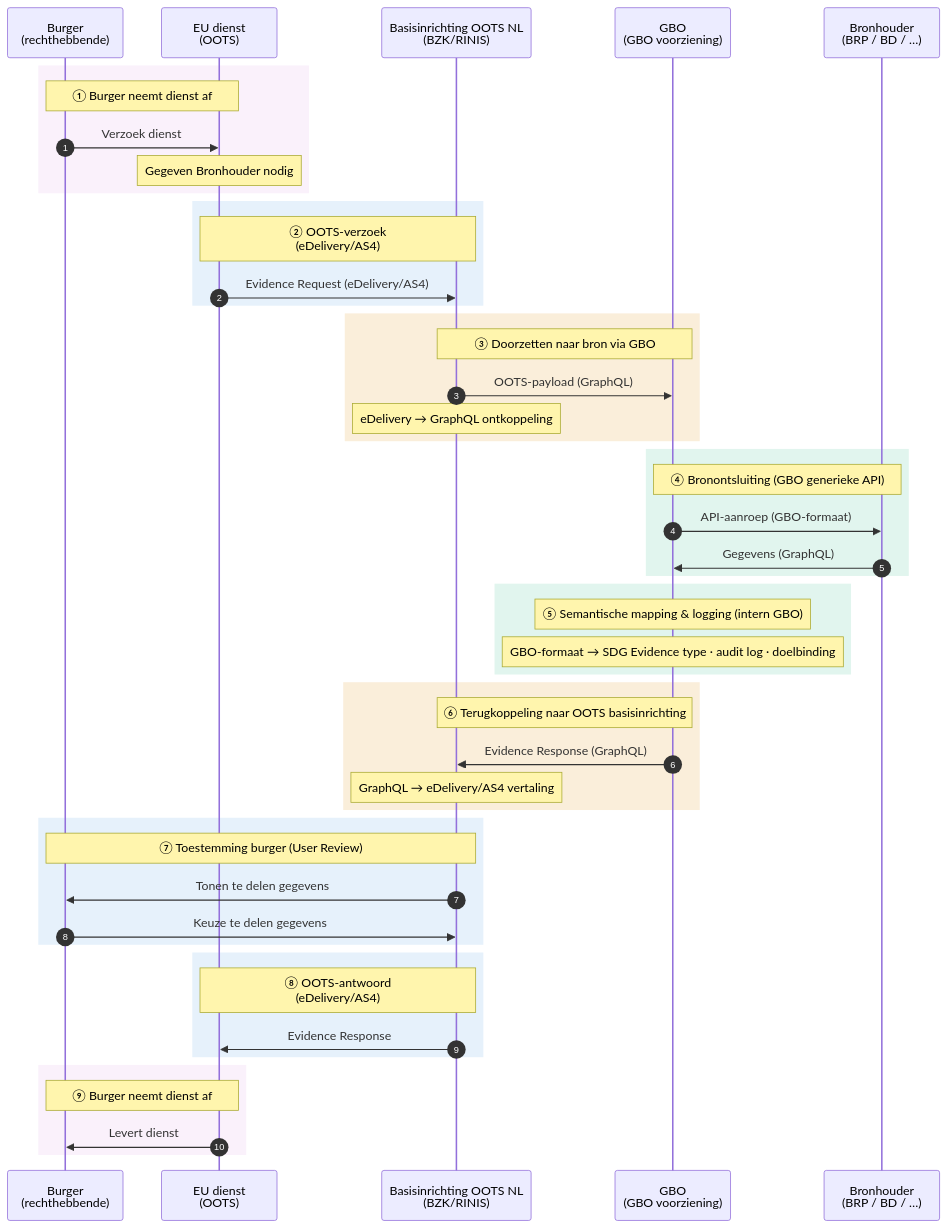
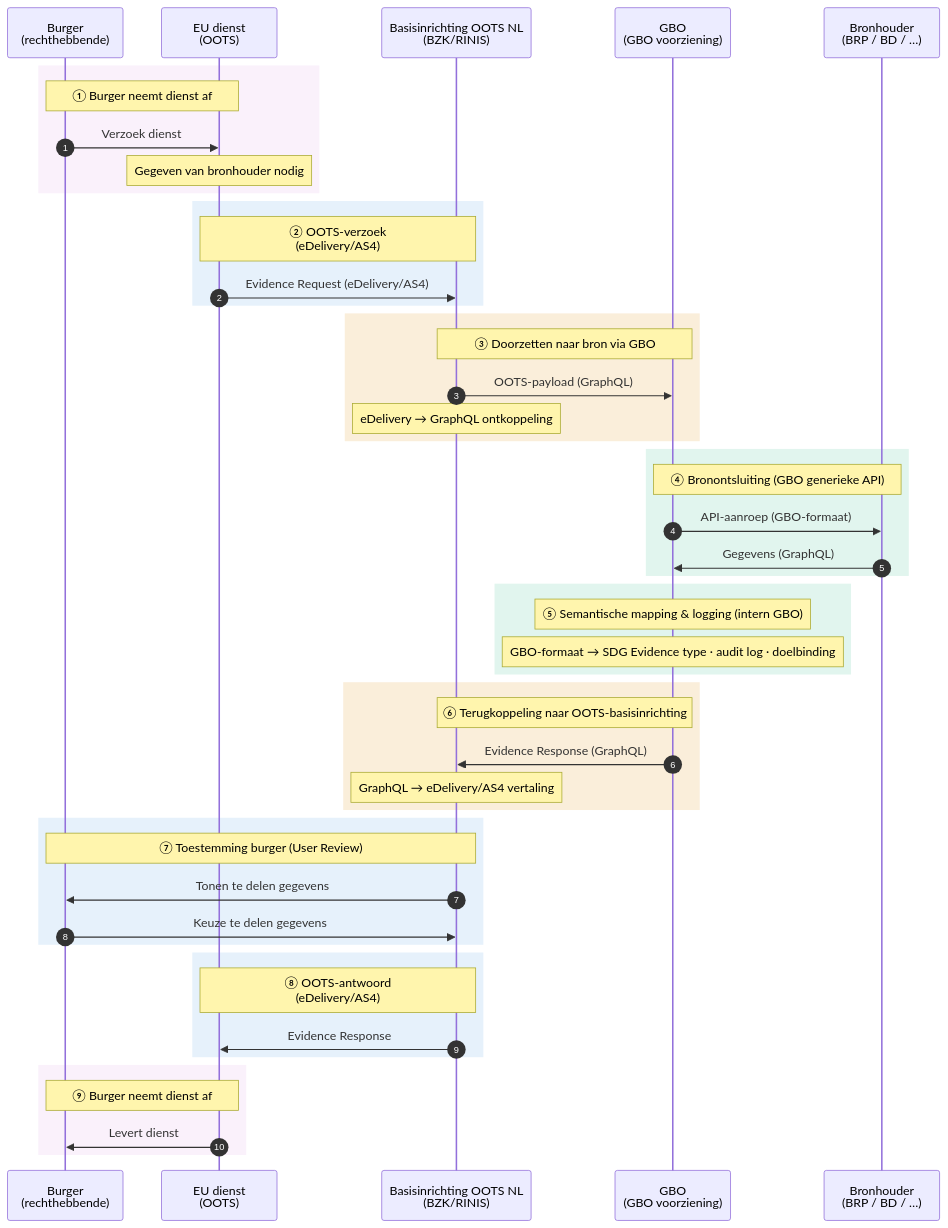
Before and after one commit to ICTU/GBO-GO: the diagram in main/diagrammen/interactiepatroon-OOTS-verzoek.mmd, drawn with Mermaid. The commit also changed 8 other files, not shown here.

```diff
--- a/main/diagrammen/interactiepatroon-OOTS-verzoek.mmd
+++ b/main/diagrammen/interactiepatroon-OOTS-verzoek.mmd
@@ -1,57 +1,57 @@
 sequenceDiagram
     autonumber
     participant BRG as Burger<br/>(rechthebbende)
     participant EU as EU dienst<br/>(OOTS)
     participant RINIS as Basisinrichting OOTS NL<br />(BZK/RINIS)
     participant GBO as GBO<br/>(GBO voorziening)
     participant BRH as Bronhouder<br/>(BRP / BD / …)
 
     rect rgb(250, 241, 251)
         Note over BRG,EU: ① Burger neemt dienst af
         BRG->>EU: Verzoek dienst
-        Note over EU: Gegeven Bronhouder nodig
+        Note over EU: Gegeven van bronhouder nodig
     end
 
     rect rgb(230, 241, 251)
         Note over EU,RINIS: ② OOTS-verzoek<br />(eDelivery/AS4)
         EU->>RINIS: Evidence Request (eDelivery/AS4)
     end
 
     rect rgb(250, 238, 218)
         Note over RINIS,GBO: ③ Doorzetten naar bron via GBO
         RINIS->>GBO: OOTS-payload (GraphQL)
         Note over RINIS: eDelivery → GraphQL ontkoppeling
     end
 
     rect rgb(225, 245, 238)
         Note over GBO,BRH: ④ Bronontsluiting (GBO generieke API)
         GBO->>BRH: API-aanroep (GBO-formaat)
         BRH->>GBO: Gegevens (GraphQL)
     end
 
     rect rgb(225, 245, 238)
         Note over GBO: ⑤ Semantische mapping & logging (intern GBO)
         Note over GBO: GBO-formaat → SDG Evidence type · audit log · doelbinding
     end
 
     rect rgb(250, 238, 218)
-        Note over GBO,RINIS: ⑥ Terugkoppeling naar OOTS basisinrichting
+        Note over GBO,RINIS: ⑥ Terugkoppeling naar OOTS-basisinrichting
         GBO->>RINIS: Evidence Response (GraphQL)
         Note over RINIS: GraphQL → eDelivery/AS4 vertaling
     end
 
     rect rgb(230, 241, 251)
         Note over RINIS,BRG: ⑦ Toestemming burger (User Review)
         RINIS->>BRG: Tonen te delen gegevens
         BRG->>RINIS: Keuze te delen gegevens
     end
 
     rect rgb(230, 241, 251)
         Note over EU,RINIS: ⑧ OOTS-antwoord<br />(eDelivery/AS4)
         RINIS->>EU: Evidence Response
     end
 
     rect rgb(250, 241, 251)
         Note over BRG,EU: ⑨ Burger neemt dienst af
         EU->>BRG: Levert dienst
     end
```
